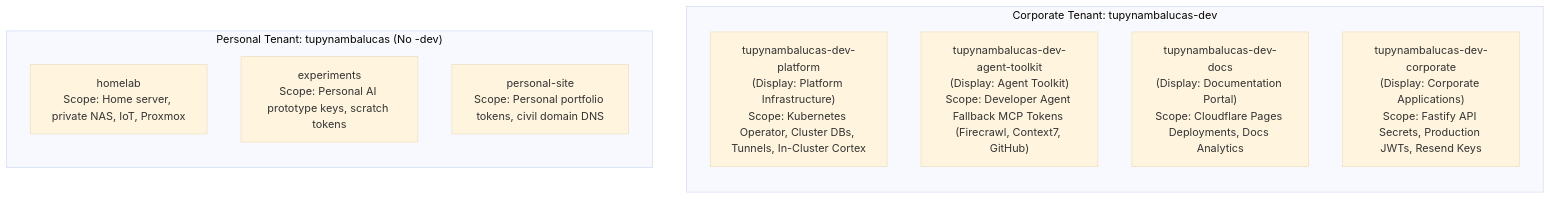
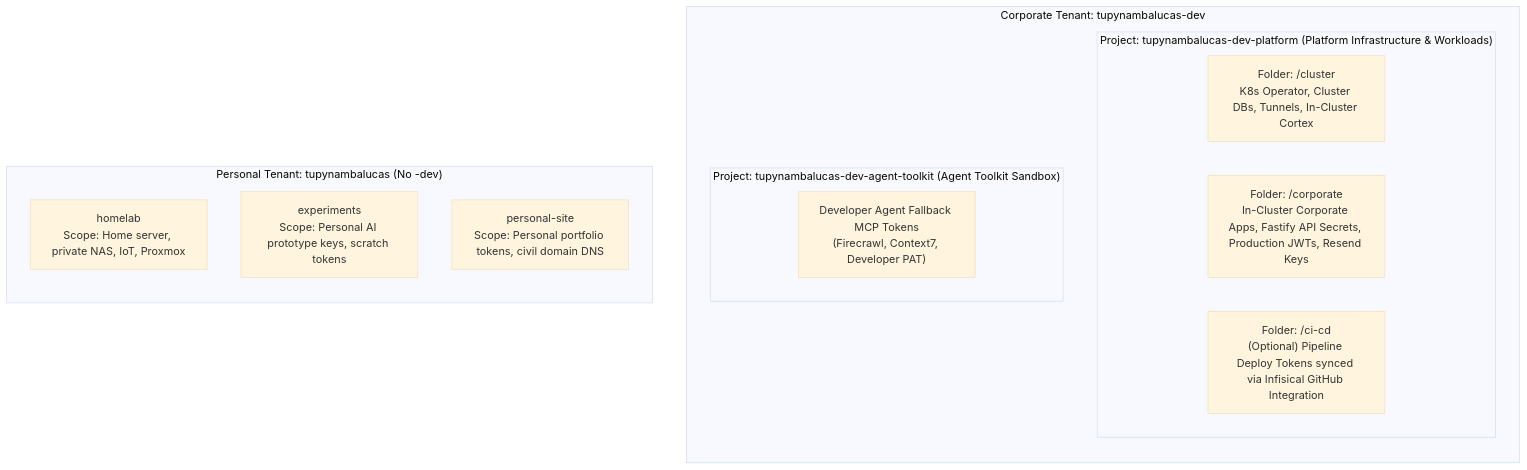
One commit to tupynambalucas-dev/.github changed the second of 2 diagrams in .agents/plans/infisical-secret-governance-and-multi-layer-fallback.md. Above: the diagram before and after it, drawn with Mermaid (base theme). The commit also changed other lines of this file and 1 other file, not shown here.

Commit message:
refactor(plans): consolidate corporate workloads into platform and clarify github workflow secret boundaries

````diff
--- a/.agents/plans/infisical-secret-governance-and-multi-layer-fallback.md
+++ b/.agents/plans/infisical-secret-governance-and-multi-layer-fallback.md
@@ -83,17 +83,21 @@
 ```mermaid
 flowchart TD
   subgraph TenantCorp ["Corporate Tenant: tupynambalucas-dev"]
     direction TB
-    C_Platform["tupynambalucas-dev-platform<br/>(Display: Platform Infrastructure)<br/>Scope: Kubernetes Operator, Cluster DBs, Tunnels, In-Cluster Cortex"]
-    C_Toolkit["tupynambalucas-dev-agent-toolkit<br/>(Display: Agent Toolkit)<br/>Scope: Developer Agent Fallback MCP Tokens (Firecrawl, Context7, GitHub)"]
-    C_Docs["tupynambalucas-dev-docs<br/>(Display: Documentation Portal)<br/>Scope: Cloudflare Pages Deployments, Docs Analytics"]
-    C_Corp["tupynambalucas-dev-corporate<br/>(Display: Corporate Applications)<br/>Scope: Fastify API Secrets, Production JWTs, Resend Keys"]
+    subgraph P_Platform ["Project: tupynambalucas-dev-platform (Platform Infrastructure & Workloads)"]
+      F_Cluster["Folder: /cluster<br/>K8s Operator, Cluster DBs, Tunnels, In-Cluster Cortex"]
+      F_Corp["Folder: /corporate<br/>In-Cluster Corporate Apps, Fastify API Secrets, Production JWTs, Resend Keys"]
+      F_CICD["Folder: /ci-cd<br/>(Optional) Pipeline Deploy Tokens synced via Infisical GitHub Integration"]
+    end
+    subgraph P_Toolkit ["Project: tupynambalucas-dev-agent-toolkit (Agent Toolkit Sandbox)"]
+      F_Fallbacks["Developer Agent Fallback MCP Tokens<br/>(Firecrawl, Context7, Developer PAT)"]
+    end
   end
 
   subgraph TenantPers ["Personal Tenant: tupynambalucas (No -dev)"]
     direction TB
     P_Home["homelab<br/>Scope: Home server, private NAS, IoT, Proxmox"]
     P_Exp["experiments<br/>Scope: Personal AI prototype keys, scratch tokens"]
     P_Site["personal-site<br/>Scope: Personal portfolio tokens, civil domain DNS"]
   end
 ```
````
